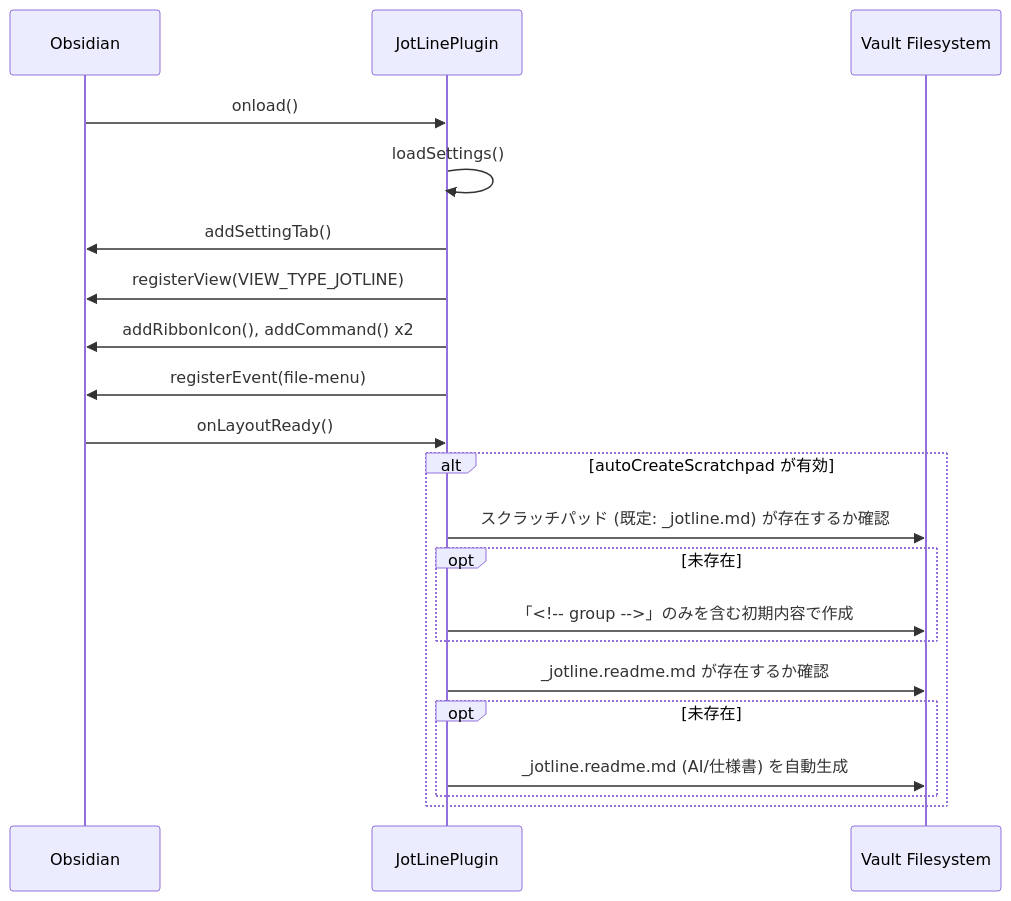
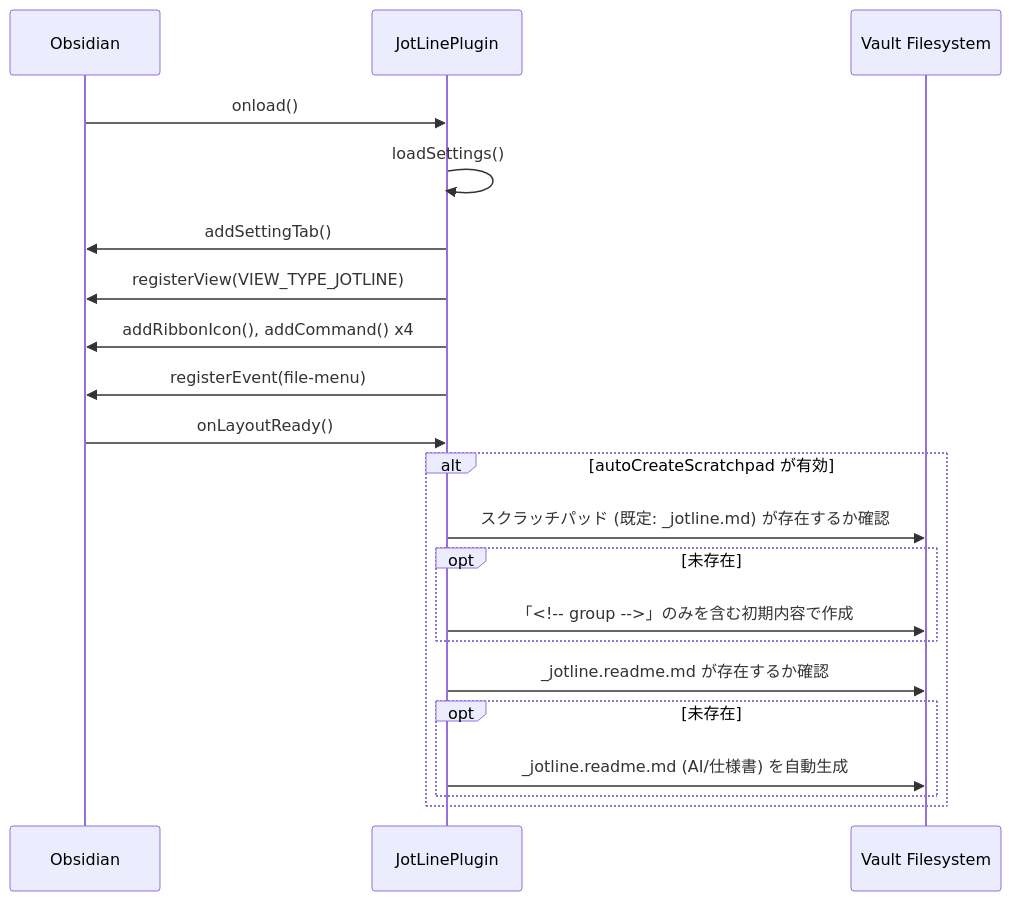
The fourth of 4 diagrams in docs/architecture/01.Architecture.md (sasaki819/JotLine), drawn with Mermaid before and after one commit. The commit also changed other lines of this file and 20 other files, not shown here.

````diff
--- a/docs/architecture/01.Architecture.md
+++ b/docs/architecture/01.Architecture.md
@@ -135,25 +153,25 @@
 ```mermaid
 sequenceDiagram
     participant App as Obsidian
     participant Plugin as JotLinePlugin
     participant Storage as Vault Filesystem
 
     App->>Plugin: onload()
     Plugin->>Plugin: loadSettings()
     Plugin->>App: addSettingTab()
     Plugin->>App: registerView(VIEW_TYPE_JOTLINE)
-    Plugin->>App: addRibbonIcon(), addCommand() x2
+    Plugin->>App: addRibbonIcon(), addCommand() x4
     Plugin->>App: registerEvent(file-menu)
     
     App->>Plugin: onLayoutReady()
     alt autoCreateScratchpad が有効
         Plugin->>Storage: スクラッチパッド (既定: _jotline.md) が存在するか確認
         opt 未存在
             Plugin->>Storage: 「<!-- group -->」のみを含む初期内容で作成
         end
         Plugin->>Storage: _jotline.readme.md が存在するか確認
         opt 未存在
             Plugin->>Storage: _jotline.readme.md (AI/仕様書) を自動生成
         end
     end
 ```
````
